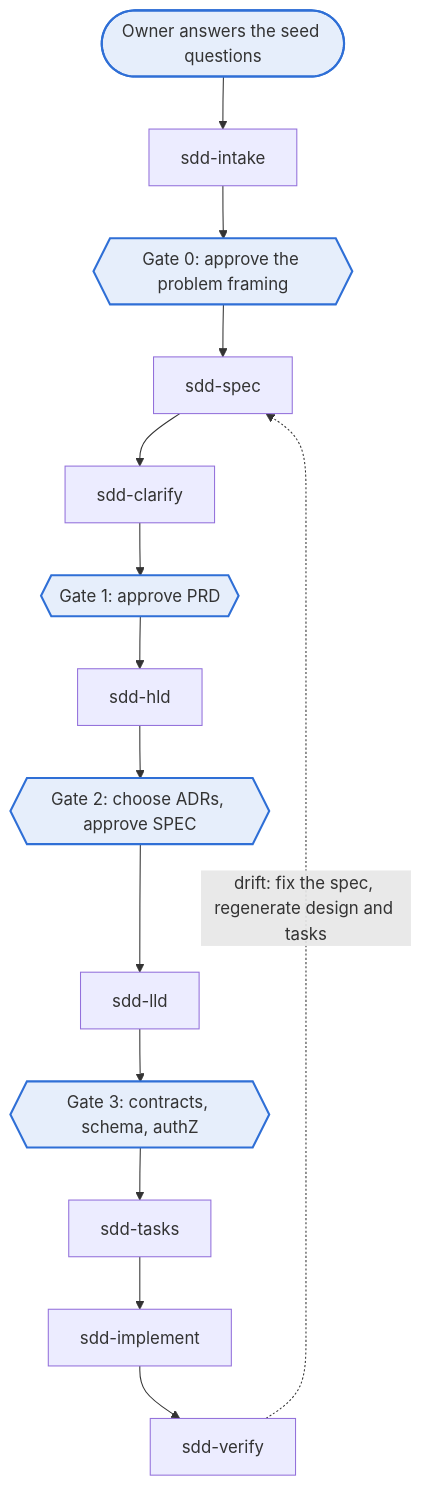
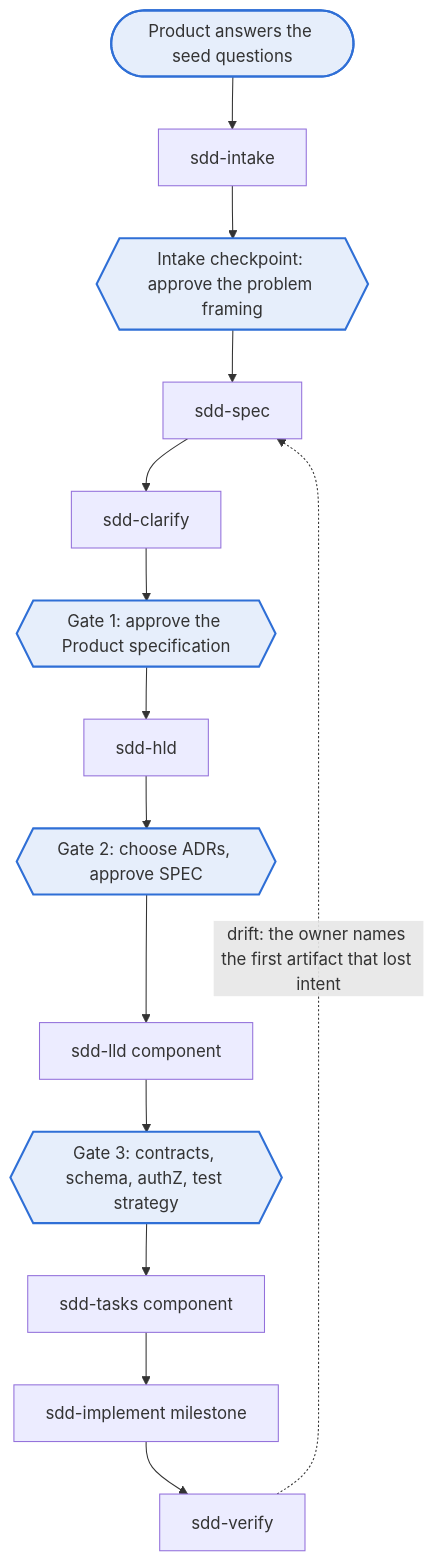
Before and after one commit to kennylhilljr/sdd_framework: the diagram in docs/guide/usage.md, drawn with Mermaid. The commit also changed other lines of this file and 84 other files, not shown here.

````diff
--- a/docs/guide/usage.md
+++ b/docs/guide/usage.md
@@ -7,9 +7,9 @@
 ```mermaid
 flowchart TB
-    HIN(["Owner answers the seed questions"]) --> S1["sdd-intake"] --> G0{{"Gate 0: approve the problem framing"}} --> S2["sdd-spec"] --> S3["sdd-clarify"]
-    S3 --> G1{{"Gate 1: approve PRD"}} --> S4["sdd-hld"] --> G2{{"Gate 2: choose ADRs, approve SPEC"}}
-    G2 --> S5["sdd-lld"] --> G3{{"Gate 3: contracts, schema, authZ"}} --> S6["sdd-tasks"] --> S7["sdd-implement"] --> S8["sdd-verify"]
-    S8 -. "drift: fix the spec, regenerate design and tasks" .-> S2
+    HIN(["Product answers the seed questions"]) --> S1["sdd-intake"] --> G0{{"Intake checkpoint: approve the problem framing"}} --> S2["sdd-spec"] --> S3["sdd-clarify"]
+    S3 --> G1{{"Gate 1: approve the Product specification"}} --> S4["sdd-hld"] --> G2{{"Gate 2: choose ADRs, approve SPEC"}}
+    G2 --> S5["sdd-lld component"] --> G3{{"Gate 3: contracts, schema, authZ, test strategy"}} --> S6["sdd-tasks component"] --> S7["sdd-implement milestone"] --> S8["sdd-verify"]
+    S8 -. "drift: the owner names the first artifact that lost intent" .-> S2
     classDef human fill:#e6eefb,stroke:#2f6fd6,stroke-width:2px
     class HIN,G0,G1,G2,G3 human
 ```
````
